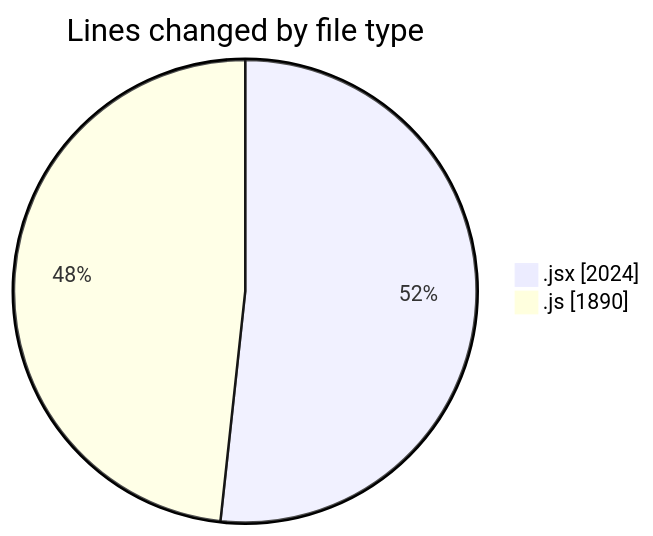
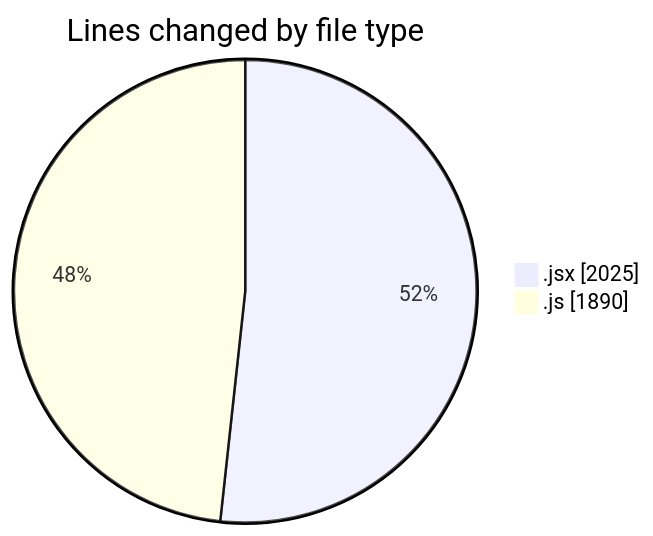
Before and after one commit to nxtqubesakshisongat/code-tracking: the first of 2 diagrams in 2025-09-21/nxtqube_webapp/README.md, drawn with Mermaid. The commit also changed other lines of this file and 1 other file, not shown here.

````diff
--- a/2025-09-21/nxtqube_webapp/README.md
+++ b/2025-09-21/nxtqube_webapp/README.md
@@ -23,6 +23,6 @@
 ```mermaid
 pie showData
 title Lines changed by file type
-".jsx" : 2024
+".jsx" : 2025
 ".js" : 1890
 ```
````
